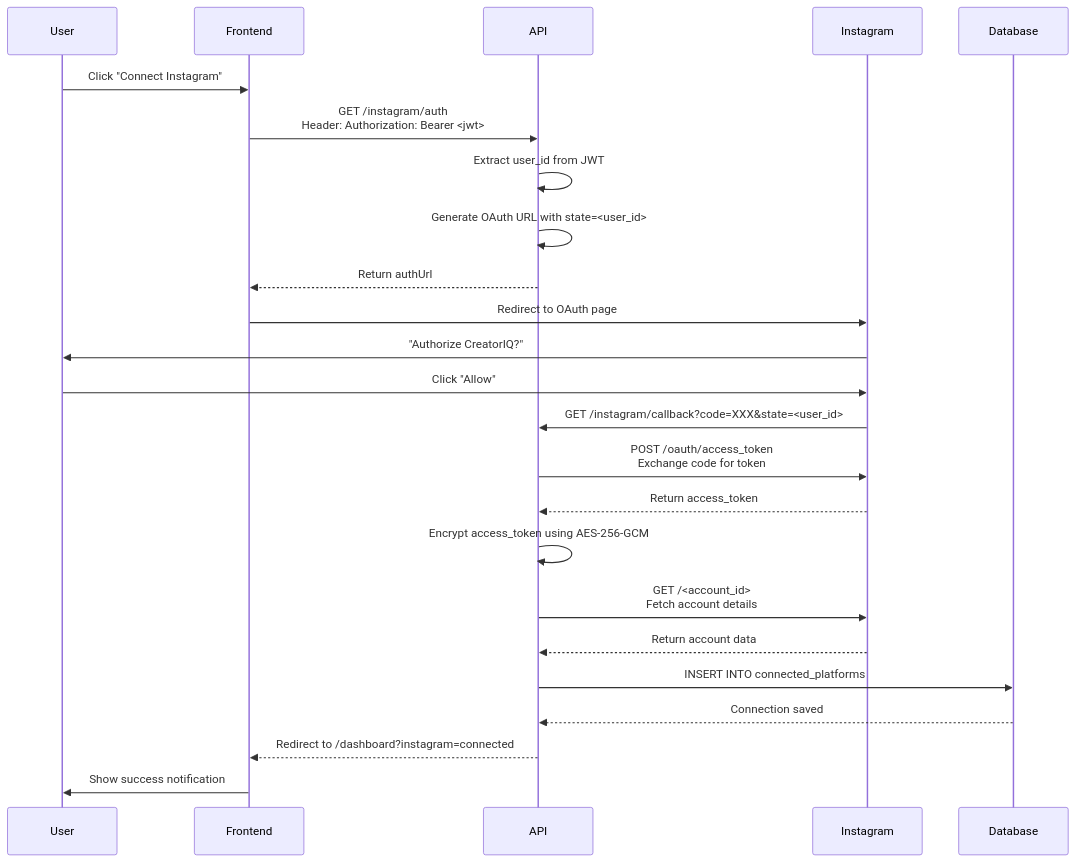
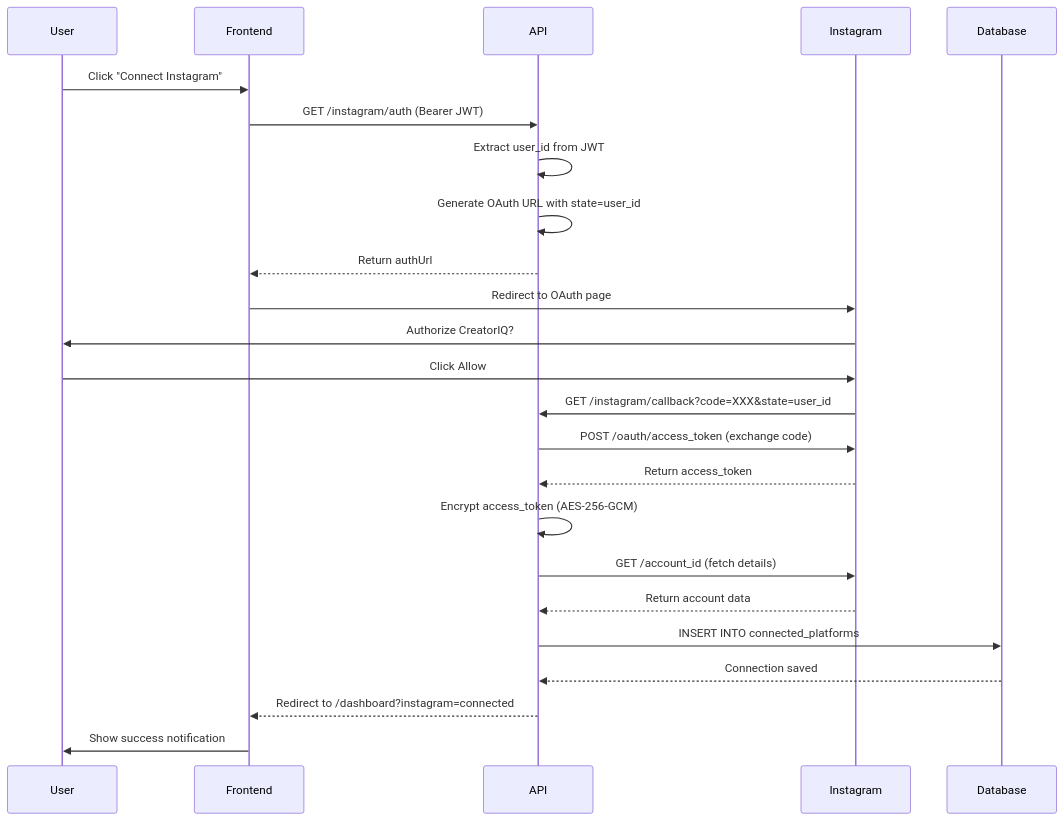
Before and after one commit to ritwikvats/creatoriq: the fifth of 14 diagrams in TECHNICAL_DOCUMENTATION.md, drawn with Mermaid. The commit also changed other lines of this file and 1 other file, not shown here.

````diff
--- a/TECHNICAL_DOCUMENTATION.md
+++ b/TECHNICAL_DOCUMENTATION.md
@@ -428,27 +480,27 @@
 ```mermaid
 sequenceDiagram
     participant User
     participant Frontend
     participant API
     participant Instagram
     participant Database
 
     User->>Frontend: Click "Connect Instagram"
-    Frontend->>API: GET /instagram/auth<br/>Header: Authorization: Bearer <jwt>
+    Frontend->>API: GET /instagram/auth (Bearer JWT)
     API->>API: Extract user_id from JWT
-    API->>API: Generate OAuth URL with state=<user_id>
+    API->>API: Generate OAuth URL with state=user_id
     API-->>Frontend: Return authUrl
     Frontend->>Instagram: Redirect to OAuth page
-    Instagram->>User: "Authorize CreatorIQ?"
-    User->>Instagram: Click "Allow"
-    Instagram->>API: GET /instagram/callback?code=XXX&state=<user_id>
-    API->>Instagram: POST /oauth/access_token<br/>Exchange code for token
+    Instagram->>User: Authorize CreatorIQ?
+    User->>Instagram: Click Allow
+    Instagram->>API: GET /instagram/callback?code=XXX&state=user_id
+    API->>Instagram: POST /oauth/access_token (exchange code)
     Instagram-->>API: Return access_token
-    API->>API: Encrypt access_token using AES-256-GCM
-    API->>Instagram: GET /<account_id><br/>Fetch account details
+    API->>API: Encrypt access_token (AES-256-GCM)
+    API->>Instagram: GET /account_id (fetch details)
     Instagram-->>API: Return account data
     API->>Database: INSERT INTO connected_platforms
     Database-->>API: Connection saved
     API-->>Frontend: Redirect to /dashboard?instagram=connected
     Frontend->>User: Show success notification
 ```
````
